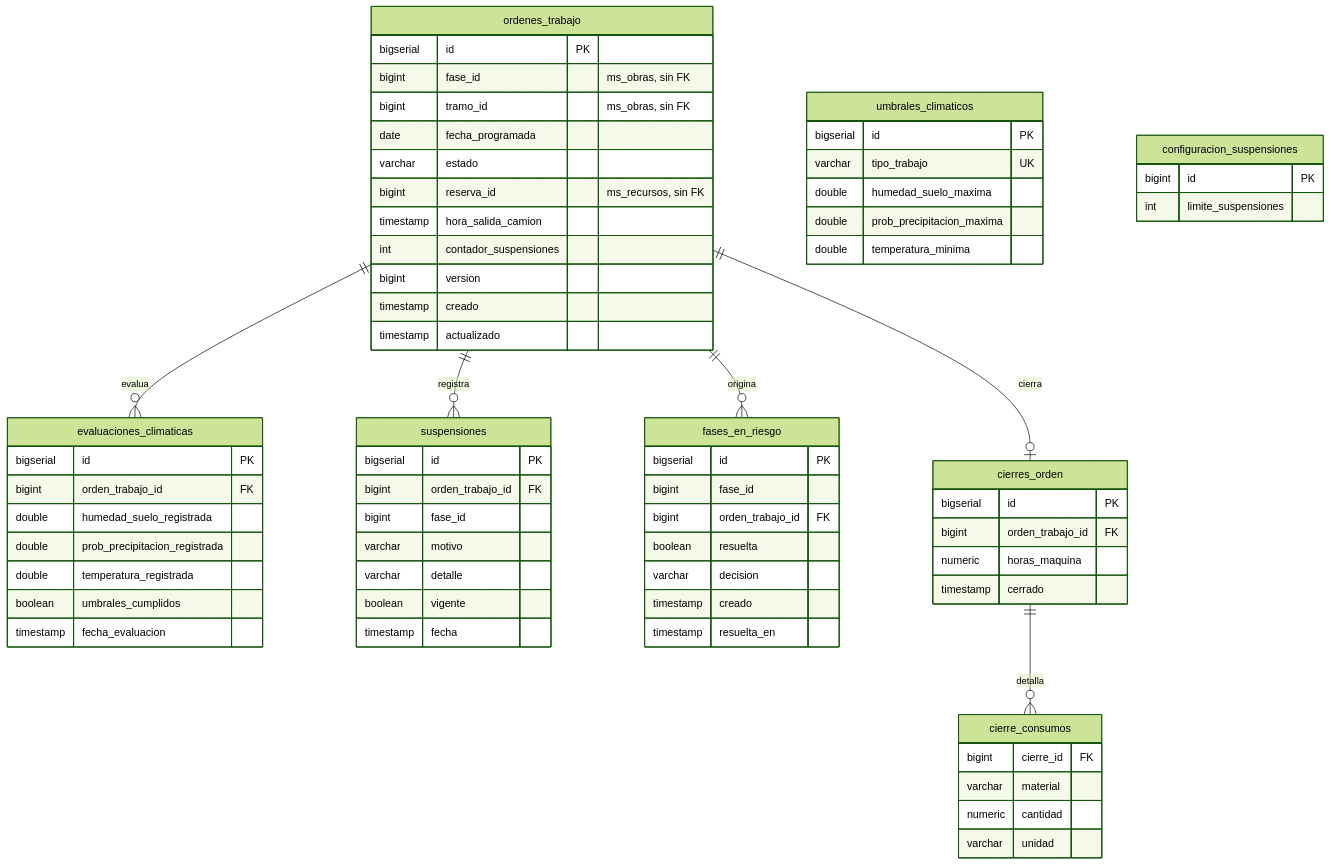
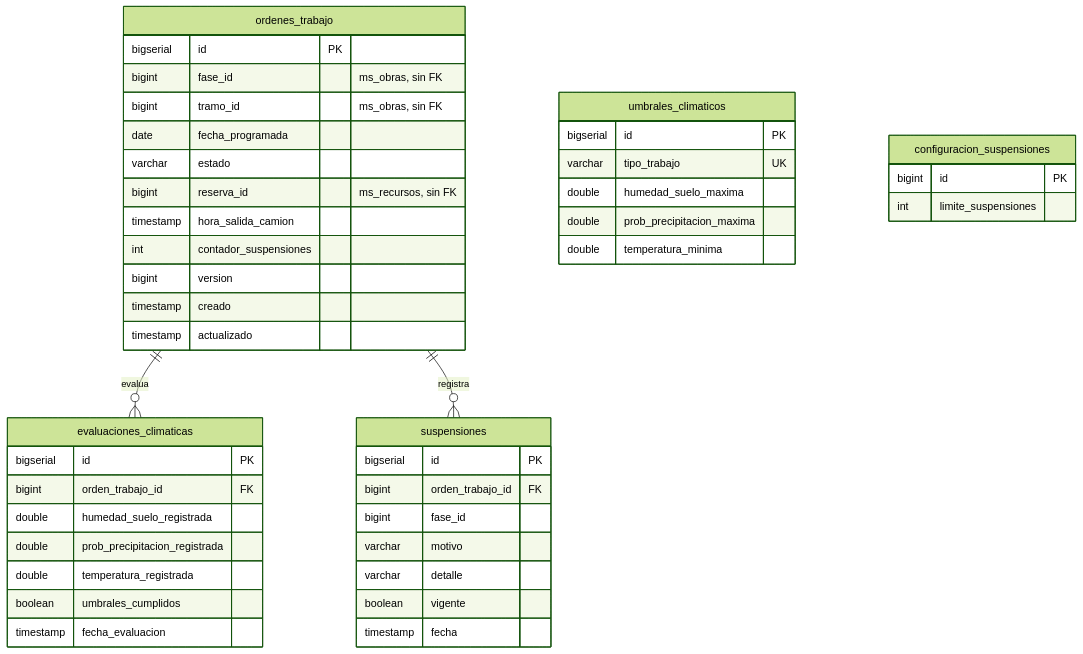
The fifth of 6 diagrams in docs/arquitectura.md (nietofede/tp_obrasViales), drawn with Mermaid (forest theme) before and after one commit. The commit also changed other lines of this file and 14 other files, not shown here.

````diff
--- a/docs/arquitectura.md
+++ b/docs/arquitectura.md
@@ -206,72 +194,48 @@
 ```mermaid
 erDiagram
     ordenes_trabajo ||--o{ evaluaciones_climaticas : evalua
     ordenes_trabajo ||--o{ suspensiones : registra
-    ordenes_trabajo ||--o{ fases_en_riesgo : origina
-    ordenes_trabajo ||--o| cierres_orden : cierra
-    cierres_orden ||--o{ cierre_consumos : detalla
 
     ordenes_trabajo {
         bigserial id PK
         bigint fase_id "ms_obras, sin FK"
         bigint tramo_id "ms_obras, sin FK"
         date fecha_programada
         varchar estado
         bigint reserva_id "ms_recursos, sin FK"
         timestamp hora_salida_camion
         int contador_suspensiones
         bigint version
         timestamp creado
         timestamp actualizado
     }
     evaluaciones_climaticas {
         bigserial id PK
         bigint orden_trabajo_id FK
         double humedad_suelo_registrada
         double prob_precipitacion_registrada
         double temperatura_registrada
         boolean umbrales_cumplidos
         timestamp fecha_evaluacion
     }
     suspensiones {
         bigserial id PK
         bigint orden_trabajo_id FK
         bigint fase_id
         varchar motivo
         varchar detalle
         boolean vigente
         timestamp fecha
     }
-    fases_en_riesgo {
-        bigserial id PK
-        bigint fase_id
-        bigint orden_trabajo_id FK
-        boolean resuelta
-        varchar decision
-        timestamp creado
-        timestamp resuelta_en
-    }
-    cierres_orden {
-        bigserial id PK
-        bigint orden_trabajo_id FK
-        numeric horas_maquina
-        timestamp cerrado
-    }
-    cierre_consumos {
-        bigint cierre_id FK
-        varchar material
-        numeric cantidad
-        varchar unidad
-    }
     umbrales_climaticos {
         bigserial id PK
         varchar tipo_trabajo UK
         double humedad_suelo_maxima
         double prob_precipitacion_maxima
         double temperatura_minima
     }
     configuracion_suspensiones {
         bigint id PK
         int limite_suspensiones
     }
 ```
````
